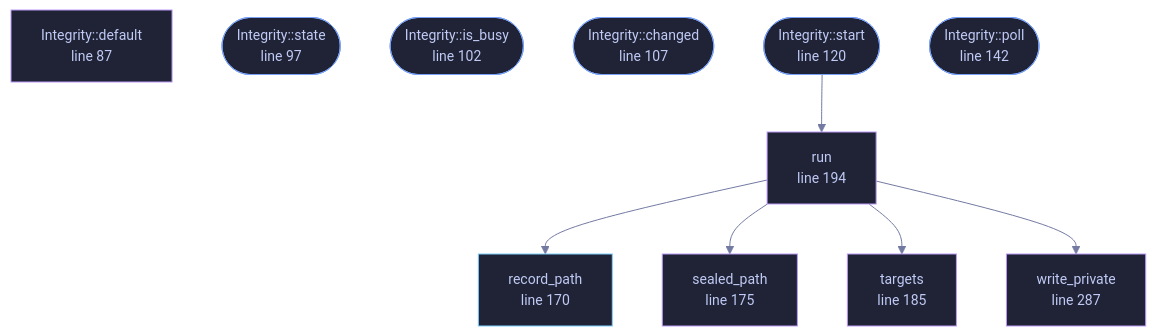
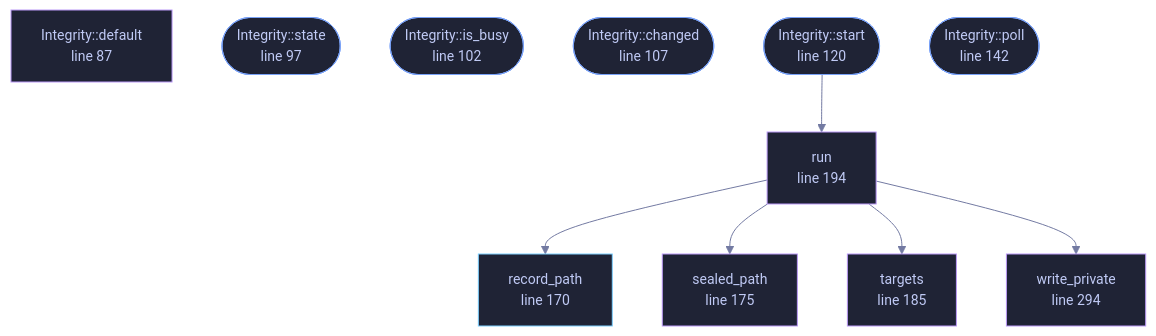
The diagram in docs/files/veilvoice-gui/integrity.md (tilas01/veilvoice), drawn with Mermaid before and after one commit. The commit also changed other lines of this file and 96 other files, not shown here.

````diff
--- a/docs/files/veilvoice-gui/integrity.md
+++ b/docs/files/veilvoice-gui/integrity.md
@@ -109,37 +109,37 @@
 ```mermaid
 %%{init: {"theme":"base","themeVariables":{"background":"#1a1b26","primaryColor":"#1f2335","primaryTextColor":"#c0caf5","primaryBorderColor":"#7aa2f7","secondaryColor":"#16161e","tertiaryColor":"#16161e","lineColor":"#737aa2","textColor":"#c0caf5","mainBkg":"#1f2335","nodeBorder":"#7aa2f7","clusterBkg":"#16161e","clusterBorder":"#2f3549","fontFamily":"ui-monospace, SFMono-Regular, Consolas, monospace","fontSize":"14px"}}}%%
 flowchart TD
     n_default["Integrity::default<br/>line 87"]
     n_state(["Integrity::state<br/>line 97"])
     n_is_busy(["Integrity::is_busy<br/>line 102"])
     n_changed(["Integrity::changed<br/>line 107"])
     n_start(["Integrity::start<br/>line 120"])
     n_poll(["Integrity::poll<br/>line 142"])
     n_record_path["record_path<br/>line 170"]
     n_sealed_path["sealed_path<br/>line 175"]
     n_targets["targets<br/>line 185"]
     n_run["run<br/>line 194"]
-    n_write_private["write_private<br/>line 287"]
+    n_write_private["write_private<br/>line 294"]
     n_run --> n_record_path
     n_run --> n_sealed_path
     n_run --> n_targets
     n_run --> n_write_private
     n_start --> n_run
     click n_default href "https://github.com/tilas01/veilvoice/blob/main/crates/veilvoice-gui/src/integrity.rs#L87" "open the source"
     click n_state href "https://github.com/tilas01/veilvoice/blob/main/crates/veilvoice-gui/src/integrity.rs#L97" "open the source"
     click n_is_busy href "https://github.com/tilas01/veilvoice/blob/main/crates/veilvoice-gui/src/integrity.rs#L102" "open the source"
     click n_changed href "https://github.com/tilas01/veilvoice/blob/main/crates/veilvoice-gui/src/integrity.rs#L107" "open the source"
     click n_start href "https://github.com/tilas01/veilvoice/blob/main/crates/veilvoice-gui/src/integrity.rs#L120" "open the source"
     click n_poll href "https://github.com/tilas01/veilvoice/blob/main/crates/veilvoice-gui/src/integrity.rs#L142" "open the source"
     click n_record_path href "https://github.com/tilas01/veilvoice/blob/main/crates/veilvoice-gui/src/integrity.rs#L170" "open the source"
     click n_sealed_path href "https://github.com/tilas01/veilvoice/blob/main/crates/veilvoice-gui/src/integrity.rs#L175" "open the source"
     click n_targets href "https://github.com/tilas01/veilvoice/blob/main/crates/veilvoice-gui/src/integrity.rs#L185" "open the source"
     click n_run href "https://github.com/tilas01/veilvoice/blob/main/crates/veilvoice-gui/src/integrity.rs#L194" "open the source"
-    click n_write_private href "https://github.com/tilas01/veilvoice/blob/main/crates/veilvoice-gui/src/integrity.rs#L287" "open the source"
+    click n_write_private href "https://github.com/tilas01/veilvoice/blob/main/crates/veilvoice-gui/src/integrity.rs#L294" "open the source"
     classDef entry fill:#1f2335,stroke:#7aa2f7,color:#c0caf5
     class n_state,n_is_busy,n_changed,n_start,n_poll entry
     classDef api fill:#1f2335,stroke:#7dcfff,color:#c0caf5
     class n_record_path api
     classDef helper fill:#1f2335,stroke:#bb9af7,color:#c0caf5
     class n_default,n_sealed_path,n_targets,n_run,n_write_private helper
 ```
````
